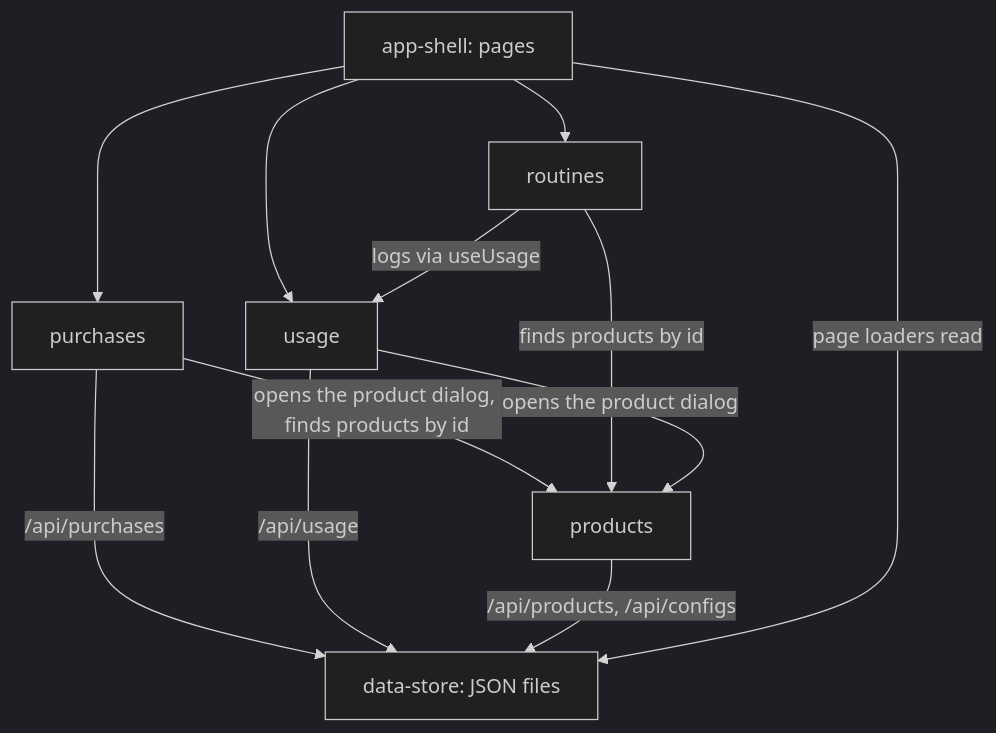
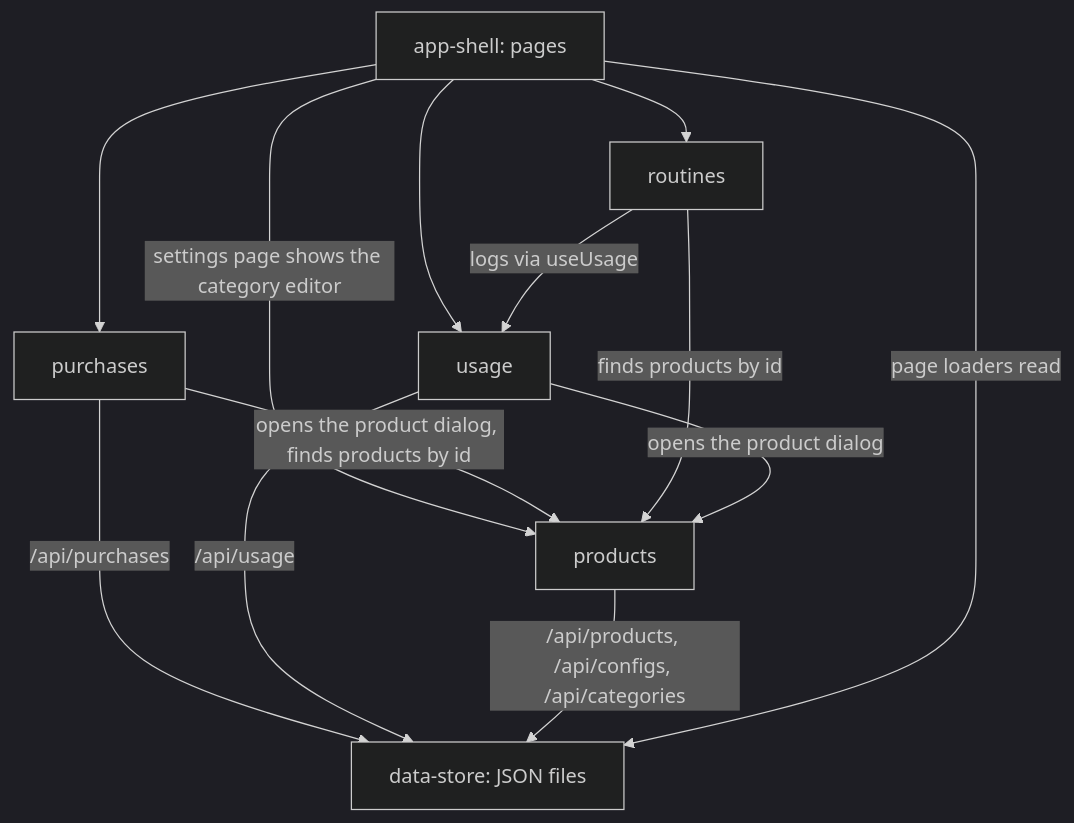
Before and after one commit to hilaryzen/beauty-tracker: the diagram in docs/high-level-design.md, drawn with Mermaid (dark theme). The commit also changed other lines of this file and 25 other files, not shown here.

First line of the commit message:
feat: add a settings page for editing categories and groups (#9)

````diff
--- a/docs/high-level-design.md
+++ b/docs/high-level-design.md
@@ -59,14 +59,15 @@
 ```mermaid
 flowchart TD
   shell[app-shell: pages] --> routines
+  shell -->|settings page shows the category editor| products
   shell --> usage
   shell --> purchases
   purchases -->|opens the product dialog, finds products by id| products
   purchases -->|/api/purchases| store
   routines -->|logs via useUsage| usage
   routines -->|finds products by id| products
   usage -->|opens the product dialog| products
   usage -->|/api/usage| store[data-store: JSON files]
-  products -->|/api/products, /api/configs| store
+  products -->|/api/products, /api/configs, /api/categories| store
   shell -->|page loaders read| store
 ```
````
